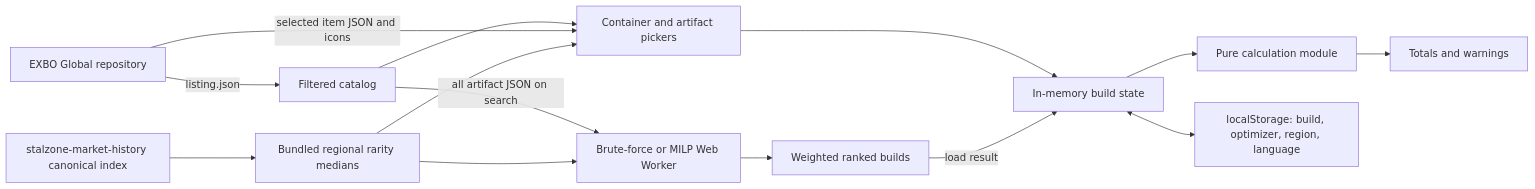
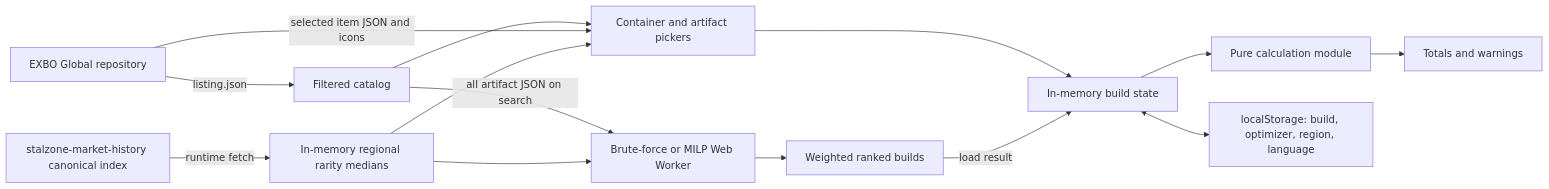
The diagram in docs/architecture.md (mzmrk/stalzone-field-kit), drawn with Mermaid before and after one commit. The commit also changed other lines of this file and 10 other files, not shown here.

Commit message:
pricing,workflow,docs: load canonical prices at runtime (remove every snapshot and fallback)

````diff
--- a/docs/architecture.md
+++ b/docs/architecture.md
@@ -19,16 +19,16 @@
 ```mermaid
 flowchart LR
     EXBO["EXBO Global repository"] -->|listing.json| Catalog["Filtered catalog"]
-    Market["stalzone-market-history canonical index"] --> PriceIndex["Bundled regional rarity medians"]
+    Market["stalzone-market-history canonical index"] -->|runtime fetch| PriceIndex["In-memory regional rarity medians"]
     Catalog --> Picker["Container and artifact pickers"]
     EXBO -->|selected item JSON and icons| Picker
     PriceIndex --> Picker
     Picker --> Build["In-memory build state"]
     Build --> Calculator["Pure calculation module"]
     Calculator --> Results["Totals and warnings"]
     Build <--> Storage["localStorage: build, optimizer, region, language"]
     Catalog -->|all artifact JSON on search| Optimizer["Brute-force or MILP Web Worker"]
     PriceIndex --> Optimizer
     Optimizer --> Ranked["Weighted ranked builds"]
     Ranked -->|load result| Build
 ```
````
